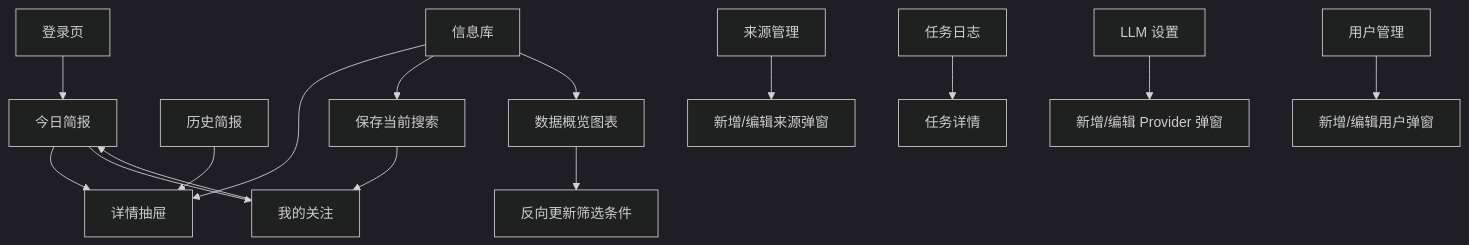
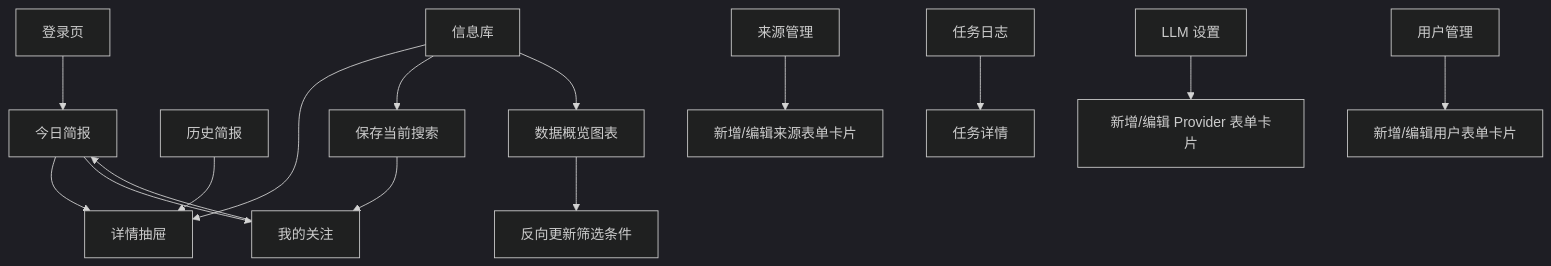
The first of 10 diagrams in docs/product/page-flow.md (ZJM189/Daily_News), drawn with Mermaid (dark theme) before and after one commit. The commit also changed other lines of this file and 26 other files, not shown here.

````diff
--- a/docs/product/page-flow.md
+++ b/docs/product/page-flow.md
@@ -16,17 +16,17 @@
 ```mermaid
 flowchart TD
     Login[登录页] --> Today[今日简报]
     Today --> Detail[详情抽屉]
     History[历史简报] --> Detail
     Library[信息库] --> Detail
     Library --> SaveSearch[保存当前搜索]
     Library --> Analytics[数据概览图表]
     Analytics --> LibraryFilter[反向更新筛选条件]
     SaveSearch --> Following[我的关注]
     Today --> Following
     Following --> Today
-    AdminSources[来源管理] --> SourceModal[新增/编辑来源弹窗]
+    AdminSources[来源管理] --> SourceForm[新增/编辑来源表单卡片]
     AdminJobs[任务日志] --> JobDetail[任务详情]
-    AdminLLM[LLM 设置] --> LLMModal[新增/编辑 Provider 弹窗]
-    AdminUsers[用户管理] --> UserModal[新增/编辑用户弹窗]
+    AdminLLM[LLM 设置] --> LLMForm[新增/编辑 Provider 表单卡片]
+    AdminUsers[用户管理] --> UserForm[新增/编辑用户表单卡片]
 ```
````
